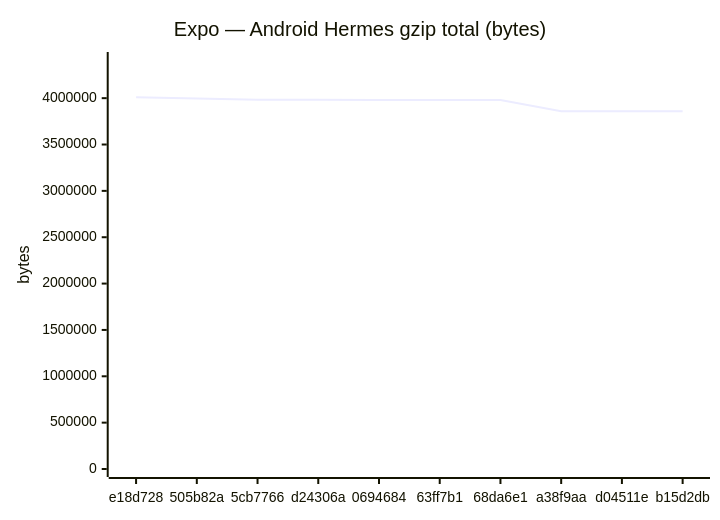
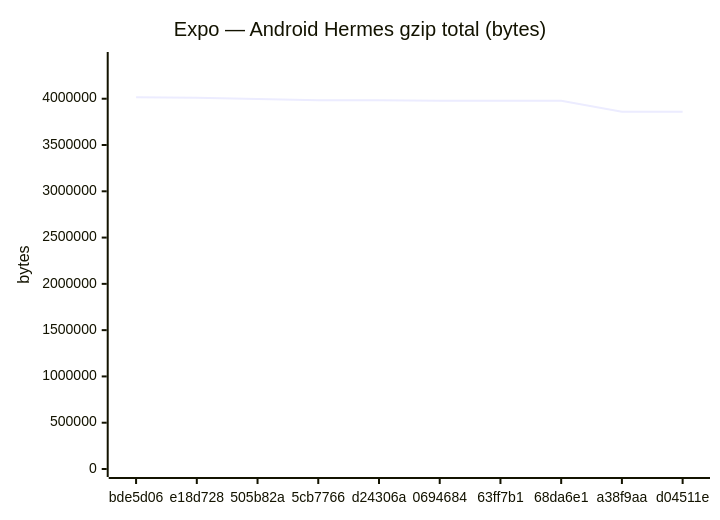
The fifth of 18 diagrams in benchmarks/compare.md (Metaheurist/Rianell), drawn with Mermaid before and after one commit. The commit also changed other lines of this file and 11 other files, not shown here.

````diff
--- a/benchmarks/compare.md
+++ b/benchmarks/compare.md
@@ -89,7 +89,7 @@
 ```mermaid
 xychart-beta
     title "Expo — Android Hermes gzip total (bytes)"
-    x-axis ["e18d728", "505b82a", "5cb7766", "d24306a", "0694684", "63ff7b1", "68da6e1", "a38f9aa", "d04511e", "b15d2db"]
-    y-axis "bytes" 0 --> 4411622
-    line [4010565, 3997221, 3982594, 3982590, 3979178, 3979178, 3979178, 3858192, 3858192, 3858195]
+    x-axis ["bde5d06", "e18d728", "505b82a", "5cb7766", "d24306a", "0694684", "63ff7b1", "68da6e1", "a38f9aa", "d04511e"]
+    y-axis "bytes" 0 --> 4418328
+    line [4016661, 4010565, 3997221, 3982594, 3982590, 3979178, 3979178, 3979178, 3858192, 3858192]
 ```
````
